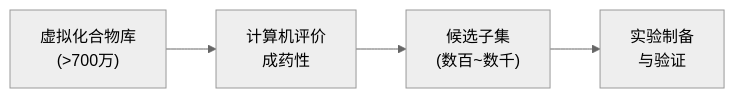
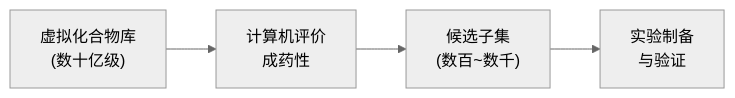
The fifth of 11 diagrams in packages/bioinfo-ch15-pharmaceutical-bioinformatics/slides.md (Lilong-Dong-Lab/code2cure-slides), drawn with Mermaid (neutral theme) before and after one commit. The commit also changed other lines of this file, not shown here.

````diff
--- a/packages/bioinfo-ch15-pharmaceutical-bioinformatics/slides.md
+++ b/packages/bioinfo-ch15-pharmaceutical-bioinformatics/slides.md
@@ -622,6 +622,6 @@
 ```mermaid
 flowchart LR
-    A["虚拟化合物库<br/>(>700万)"] --> B["计算机评价<br/>成药性"]
+    A["虚拟化合物库<br/>(数十亿级)"] --> B["计算机评价<br/>成药性"]
     B --> C["候选子集<br/>(数百~数千)"]
     C --> D["实验制备<br/>与验证"]
 ```
````
